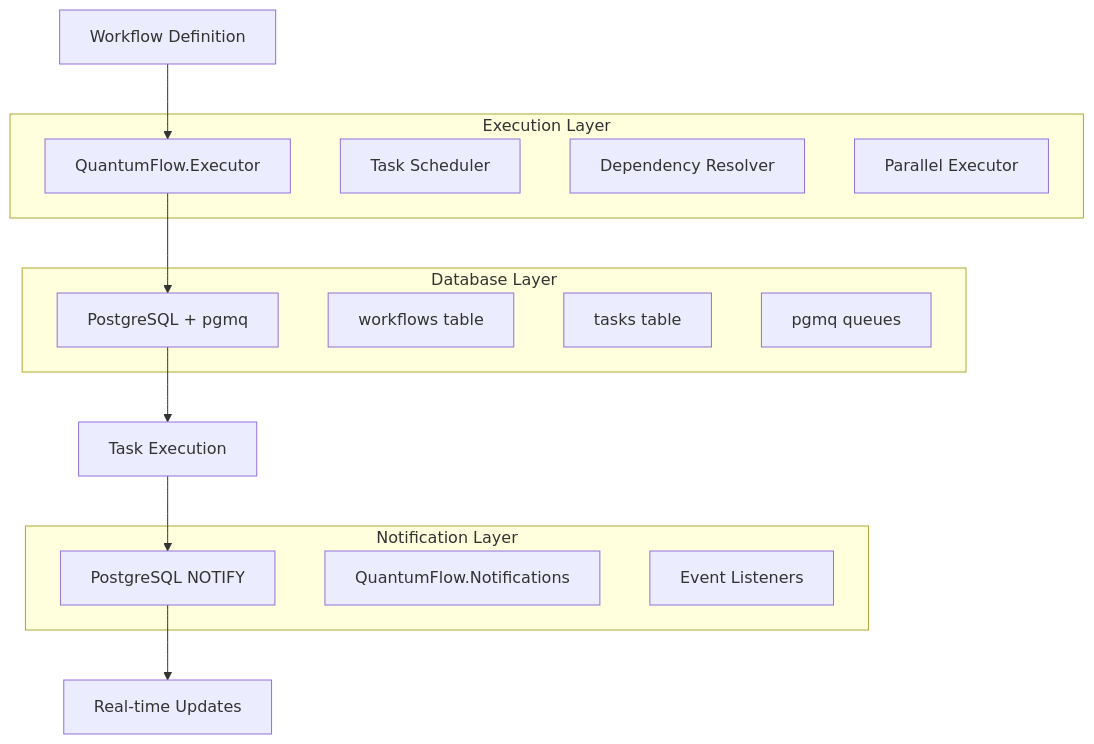
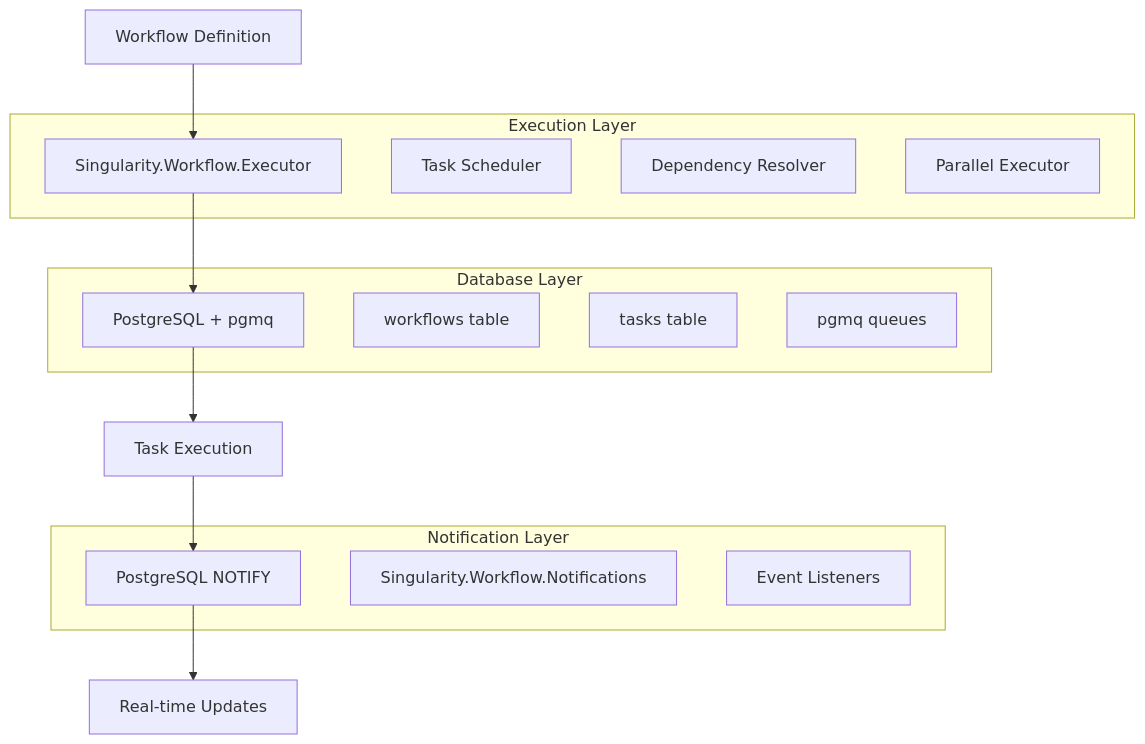
One commit to Singularity-ng/singularity-workflows changed the diagram in README.md. Above: the diagram before and after it, drawn with Mermaid. The commit also changed other lines of this file and 146 other files, not shown here.

Commit message:
Rename QuantumFlow to Singularity.Workflow

````diff
--- a/README.md
+++ b/README.md
@@ -102,28 +104,28 @@
 ```mermaid
 graph TB
-    A[Workflow Definition] --> B[QuantumFlow.Executor]
+    A[Workflow Definition] --> B[Singularity.Workflow.Executor]
     B --> C[PostgreSQL + pgmq]
     C --> D[Task Execution]
     D --> E[PostgreSQL NOTIFY]
     E --> F[Real-time Updates]
     
     subgraph "Database Layer"
         C
         G[workflows table]
         H[tasks table]
         I[pgmq queues]
     end
     
     subgraph "Execution Layer"
         B
         J[Task Scheduler]
         K[Dependency Resolver]
         L[Parallel Executor]
     end
     
     subgraph "Notification Layer"
         E
-        M[QuantumFlow.Notifications]
+        M[Singularity.Workflow.Notifications]
         N[Event Listeners]
     end
 ```
````
